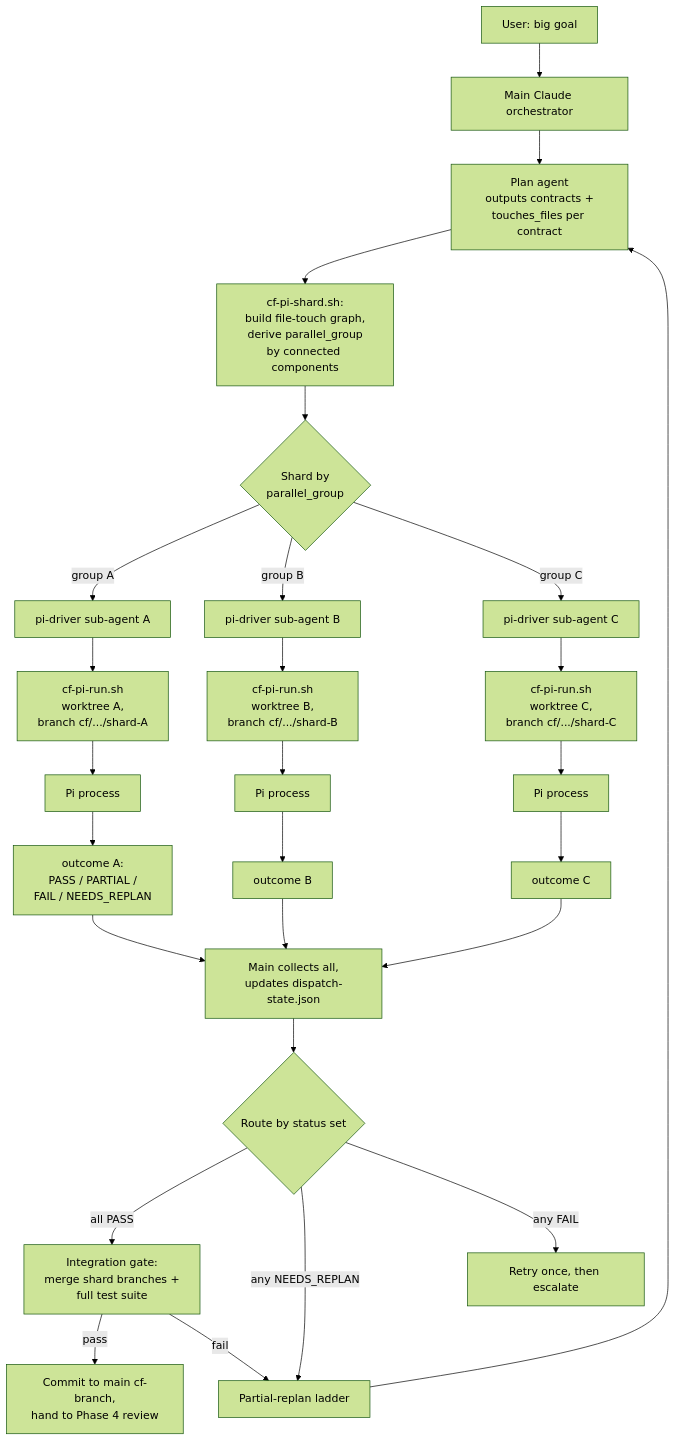
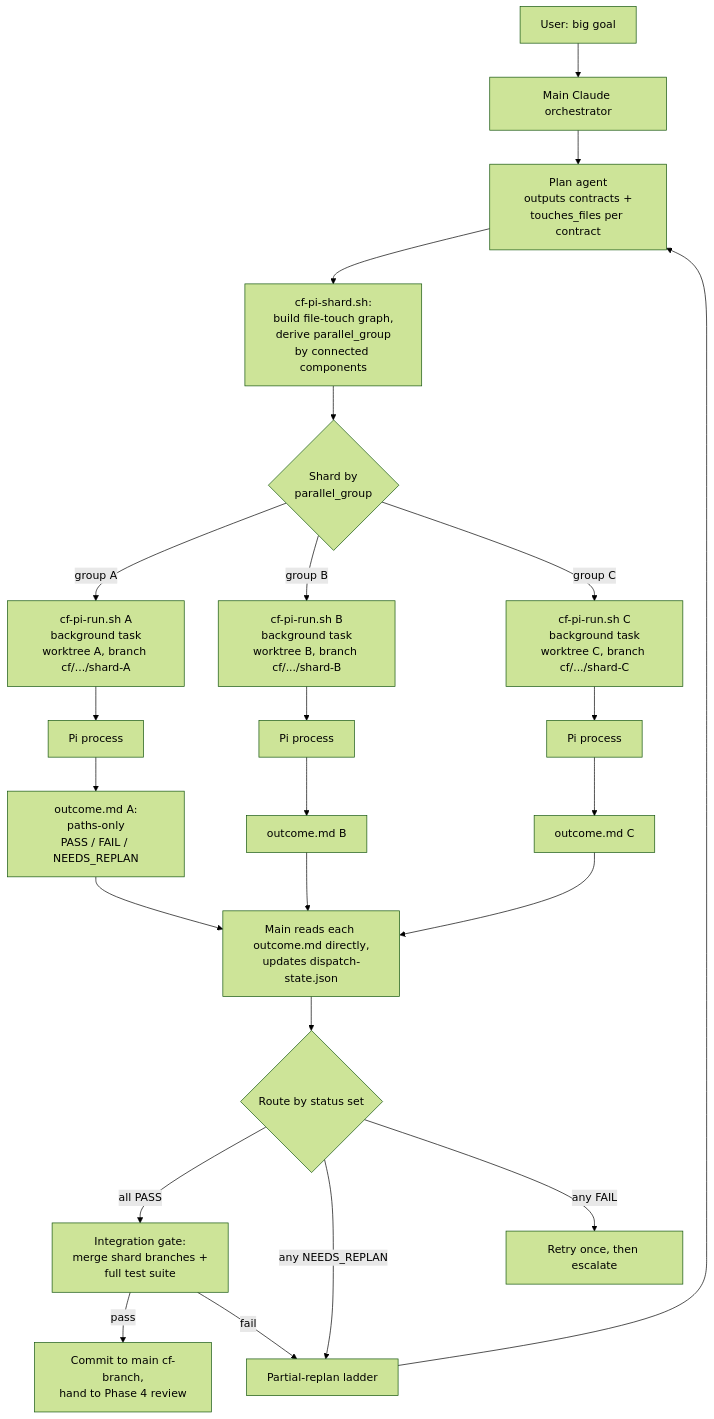
The first of 2 diagrams in context-flow/docs/parallel-sharded-design.md (musingfox/cc-plugins), drawn with Mermaid (forest theme) before and after one commit. The commit also changed other lines of this file and 5 other files, not shown here.

First line of the commit message:
feat(context-flow): MAIN-driven background shard dispatch, retire pi-driver (migration Step 3)

````diff
--- a/context-flow/docs/parallel-sharded-design.md
+++ b/context-flow/docs/parallel-sharded-design.md
@@ -27,37 +27,33 @@
 ```mermaid
 flowchart TB
     User[User: big goal] --> Main[Main Claude orchestrator]
     Main --> Plan[Plan agent<br/>outputs contracts +<br/>touches_files per contract]
     Plan --> Graph[cf-pi-shard.sh:<br/>build file-touch graph,<br/>derive parallel_group<br/>by connected components]
     Graph --> Shard{Shard by<br/>parallel_group}
 
-    Shard -->|group A| AgA[pi-driver sub-agent A]
-    Shard -->|group B| AgB[pi-driver sub-agent B]
-    Shard -->|group C| AgC[pi-driver sub-agent C]
-
-    AgA --> ShA[cf-pi-run.sh<br/>worktree A,<br/>branch cf/.../shard-A]
-    AgB --> ShB[cf-pi-run.sh<br/>worktree B,<br/>branch cf/.../shard-B]
-    AgC --> ShC[cf-pi-run.sh<br/>worktree C,<br/>branch cf/.../shard-C]
+    Shard -->|group A| ShA[cf-pi-run.sh A<br/>background task<br/>worktree A, branch cf/.../shard-A]
+    Shard -->|group B| ShB[cf-pi-run.sh B<br/>background task<br/>worktree B, branch cf/.../shard-B]
+    Shard -->|group C| ShC[cf-pi-run.sh C<br/>background task<br/>worktree C, branch cf/.../shard-C]
 
     ShA --> PiA[Pi process]
     ShB --> PiB[Pi process]
     ShC --> PiC[Pi process]
 
-    PiA --> OutA[outcome A:<br/>PASS / PARTIAL /<br/>FAIL / NEEDS_REPLAN]
-    PiB --> OutB[outcome B]
-    PiC --> OutC[outcome C]
+    PiA --> OutA[outcome.md A:<br/>paths-only<br/>PASS / FAIL / NEEDS_REPLAN]
+    PiB --> OutB[outcome.md B]
+    PiC --> OutC[outcome.md C]
 
-    OutA --> Collect[Main collects all,<br/>updates dispatch-state.json]
+    OutA --> Collect[Main reads each outcome.md directly,<br/>updates dispatch-state.json]
     OutB --> Collect
     OutC --> Collect
 
     Collect --> Route{Route by status set}
     Route -->|all PASS| Int[Integration gate:<br/>merge shard branches +<br/>full test suite]
     Route -->|any NEEDS_REPLAN| Replan[Partial-replan ladder]
     Route -->|any FAIL| Retry[Retry once, then escalate]
 
     Int -->|pass| Done[Commit to main cf-branch,<br/>hand to Phase 4 review]
     Int -->|fail| Replan
 
     Replan --> Plan
 ```
````
